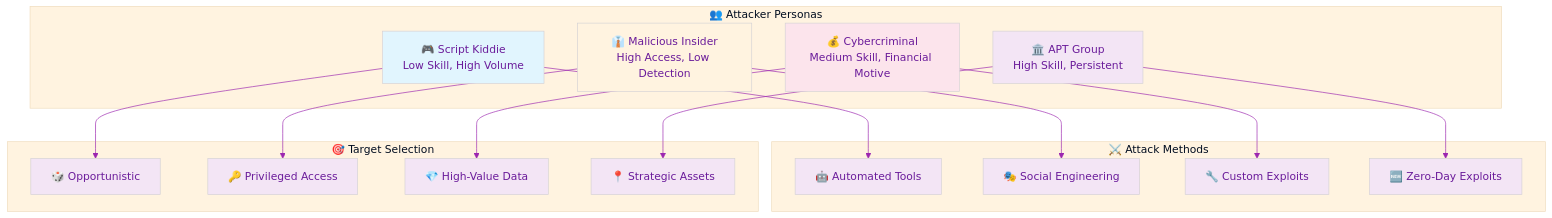
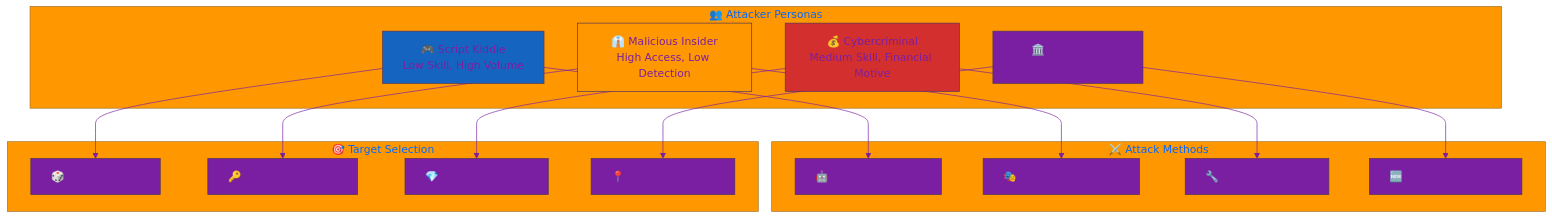
Before and after one commit to Hack23/ISMS-PUBLIC: the seventh of 10 diagrams in Threat_Modeling.md, drawn with Mermaid. The commit also changed other lines of this file and 35 other files, not shown here.

````diff
--- a/Threat_Modeling.md
+++ b/Threat_Modeling.md
@@ -642,52 +642,52 @@
 ```mermaid
 %%{
   init: {
     'theme': 'base',
     'themeVariables': {
-      'primaryColor': '#f3e5f5',
-      'primaryTextColor': '#6a1b9a',
-      'lineColor': '#9c27b0',
-      'secondaryColor': '#e8f5e9',
-      'tertiaryColor': '#fff3e0'
+      'primaryColor': '#7B1FA2',
+      'primaryTextColor': '#7B1FA2',
+      'lineColor': '#7B1FA2',
+      'secondaryColor': '#4CAF50',
+      'tertiaryColor': '#FF9800'
     }
   }
 }%%
 flowchart TD
     subgraph PERSONAS["👥 Attacker Personas"]
         SCRIPT_KIDDIE[🎮 Script Kiddie<br/>Low Skill, High Volume]
         INSIDER[👔 Malicious Insider<br/>High Access, Low Detection]
         CYBERCRIMINAL[💰 Cybercriminal<br/>Medium Skill, Financial Motive]
         APT[🏛️ APT Group<br/>High Skill, Persistent]
     end
     
     subgraph METHODS["⚔️ Attack Methods"]
         AUTOMATED[🤖 Automated Tools]
         SOCIAL[🎭 Social Engineering]
         CUSTOM[🔧 Custom Exploits]
         ZERO_DAY[🆕 Zero-Day Exploits]
     end
     
     subgraph TARGETS["🎯 Target Selection"]
         OPPORTUNITY[🎲 Opportunistic]
         PRIVILEGE[🔑 Privileged Access]
         HIGH_VALUE[💎 High-Value Data]
         STRATEGIC[📍 Strategic Assets]
     end
     
     SCRIPT_KIDDIE --> AUTOMATED
     SCRIPT_KIDDIE --> OPPORTUNITY
     
     INSIDER --> SOCIAL
     INSIDER --> PRIVILEGE
     
     CYBERCRIMINAL --> CUSTOM
     CYBERCRIMINAL --> HIGH_VALUE
     
     APT --> ZERO_DAY
     APT --> STRATEGIC
     
-    style SCRIPT_KIDDIE fill:#e1f5fe
-    style INSIDER fill:#fff3e0
-    style CYBERCRIMINAL fill:#fce4ec
-    style APT fill:#f3e5f5
+    style SCRIPT_KIDDIE fill:#1565C0
+    style INSIDER fill:#FF9800
+    style CYBERCRIMINAL fill:#D32F2F
+    style APT fill:#7B1FA2
 ```
````
